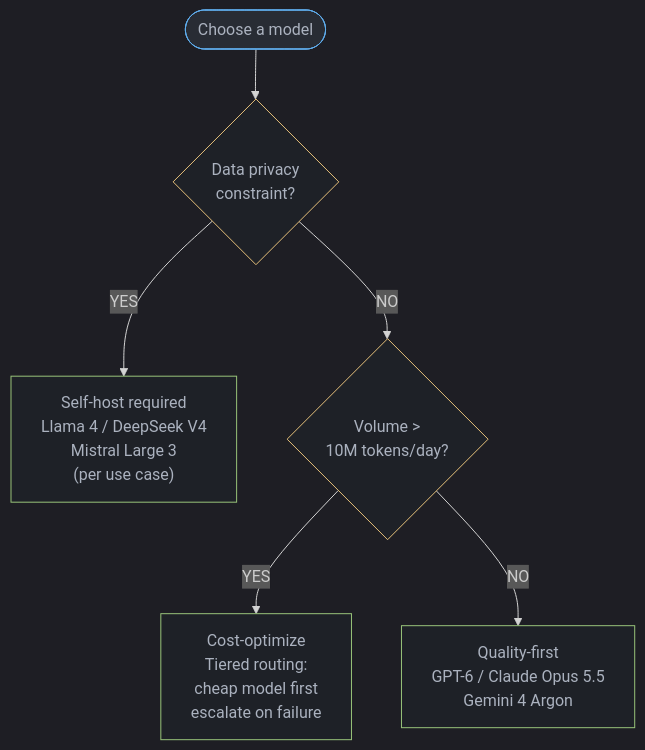
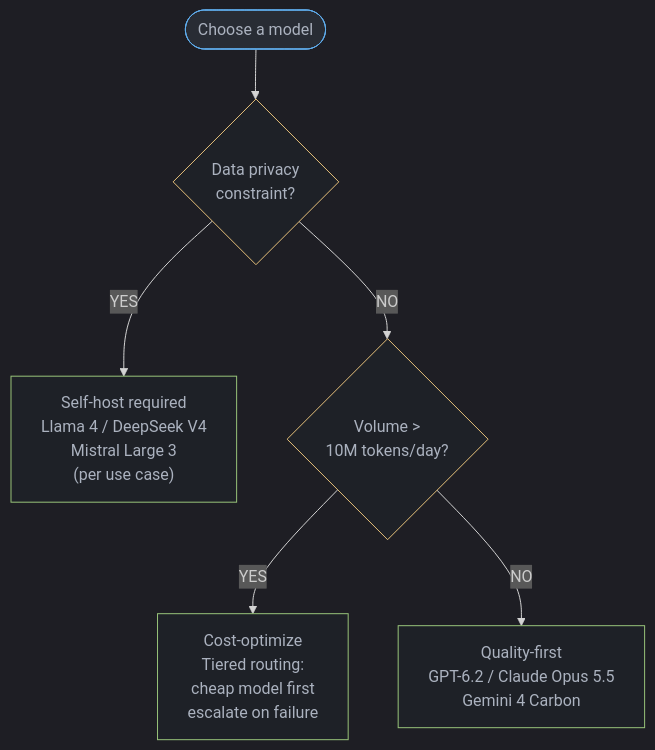
One commit to rppol/system-design changed the third of 4 diagrams in src/main/java/com/rutik/systemdesign/llm/llm_ecosystem_and_landscape/llm_ecosystem_and_landscape.md. Above: the diagram before and after it, drawn with Mermaid. The commit also changed other lines of this file and 70 other files, not shown here.

````diff
--- a/src/main/java/com/rutik/systemdesign/llm/llm_ecosystem_and_landscape/llm_ecosystem_and_landscape.md
+++ b/src/main/java/com/rutik/systemdesign/llm/llm_ecosystem_and_landscape/llm_ecosystem_and_landscape.md
@@ -334,18 +357,18 @@
 ```mermaid
 %%{init: {'flowchart': {'curve': 'basis'}, 'theme': 'dark'}}%%
 flowchart TD
     Start([Choose a model]) --> Privacy{"Data privacy\nconstraint?"}
     Privacy -- YES --> SelfHost["Self-host required\nLlama 4 / DeepSeek V4\nMistral Large 3\n(per use case)"]
     Privacy -- NO --> Volume{"Volume >\n10M tokens/day?"}
     Volume -- YES --> CostOpt["Cost-optimize\nTiered routing:\ncheap model first\nescalate on failure"]
-    Volume -- NO --> Quality["Quality-first\nGPT-6 / Claude Opus 5.5\nGemini 4 Argon"]
+    Volume -- NO --> Quality["Quality-first\nGPT-6.2 / Claude Opus 5.5\nGemini 4 Carbon"]
 
     classDef io     fill:#282c34,stroke:#61afef,color:#abb2bf
     classDef proc   fill:#1e2127,stroke:#98c379,color:#abb2bf
     classDef llm    fill:#1e2127,stroke:#c678dd,color:#abb2bf
     classDef decide fill:#1e2127,stroke:#e5c07b,color:#abb2bf
 
     class Start io
     class Privacy,Volume decide
     class SelfHost,CostOpt,Quality proc
 ```
````
